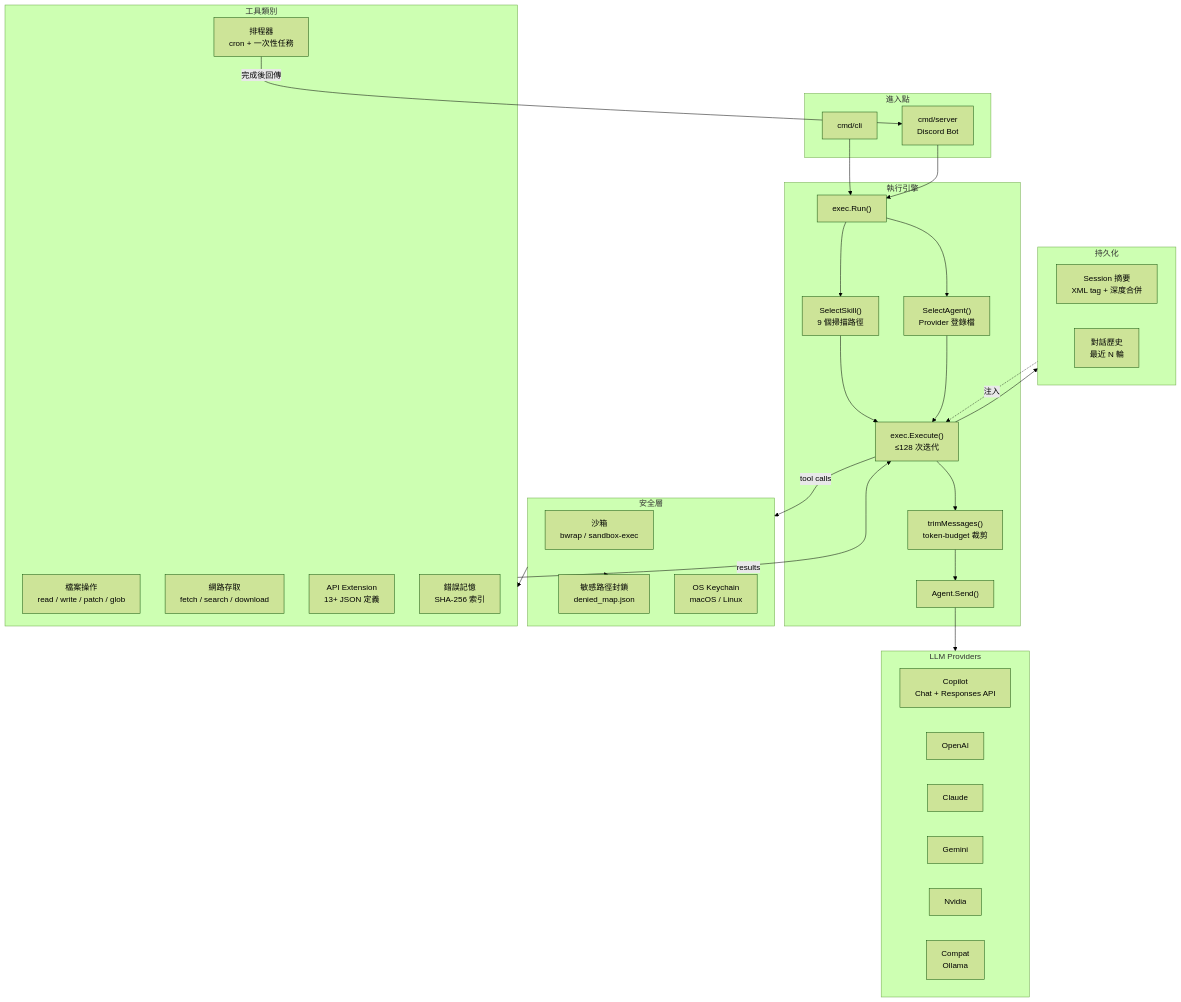
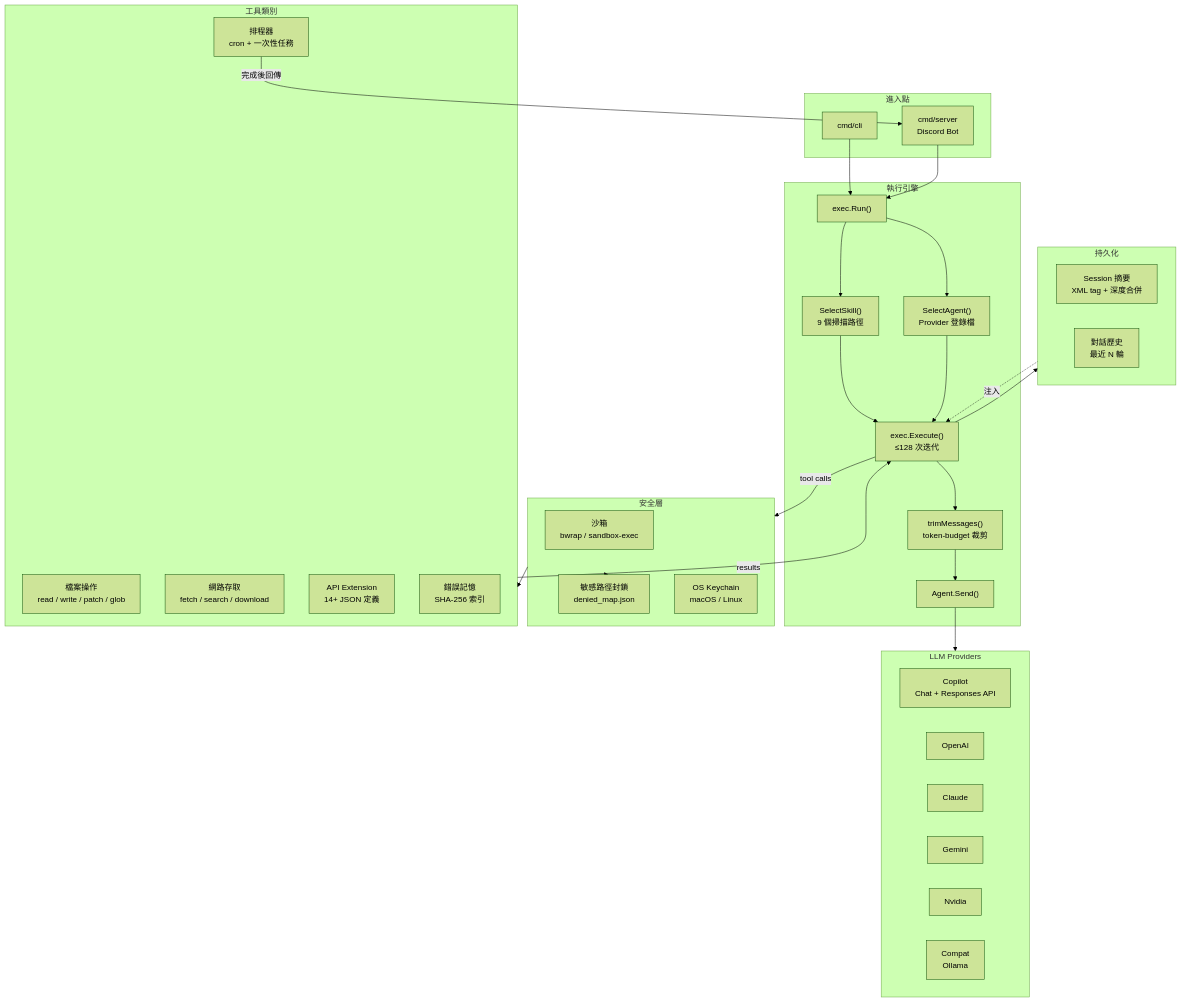
Before and after one commit to pardnchiu/Agenvoy: the diagram in doc/README.zh.md, drawn with Mermaid (forest theme). The commit also changed other lines of this file and 3 other files, not shown here.

````diff
--- a/doc/README.zh.md
+++ b/doc/README.zh.md
@@ -65,61 +31,61 @@
 ```mermaid
 graph TB
     subgraph Entry ["進入點"]
         CLI["cmd/cli"]
         Discord["cmd/server\nDiscord Bot"]
     end
 
     subgraph Core ["執行引擎"]
         Run["exec.Run()"]
         SkillSelect["SelectSkill()\n9 個掃描路徑"]
         AgentSelect["SelectAgent()\nProvider 登錄檔"]
         TrimMsg["trimMessages()\ntoken-budget 裁剪"]
         Execute["exec.Execute()\n≤128 次迭代"]
         Send["Agent.Send()"]
     end
 
     subgraph Providers ["LLM Providers"]
         Copilot["Copilot\nChat + Responses API"]
         OpenAI["OpenAI"]
         Claude["Claude"]
         Gemini["Gemini"]
         Nvidia["Nvidia"]
         Compat["Compat\nOllama"]
     end
 
     subgraph Security ["安全層"]
         Sandbox["沙箱\nbwrap / sandbox-exec"]
         DeniedPaths["敏感路徑封鎖\ndenied_map.json"]
         Keychain["OS Keychain\nmacOS / Linux"]
     end
 
     subgraph Tools ["工具類別"]
         FileOps["檔案操作\nread / write / patch / glob"]
         WebAccess["網路存取\nfetch / search / download"]
-        APIExt["API Extension\n13+ JSON 定義"]
+        APIExt["API Extension\n14+ JSON 定義"]
         Scheduler["排程器\ncron + 一次性任務"]
         ErrorMem["錯誤記憶\nSHA-256 索引"]
     end
 
     subgraph Persistence ["持久化"]
         Session["Session 摘要\nXML tag + 深度合併"]
         History["對話歷史\n最近 N 輪"]
     end
 
     CLI --> Run
     Discord --> Run
     Run --> SkillSelect
     Run --> AgentSelect
     SkillSelect --> Execute
     AgentSelect --> Execute
     Execute --> TrimMsg
     TrimMsg --> Send
     Send --> Providers
     Execute -->|"tool calls"| Security
     Security --> DeniedPaths
     Security --> Tools
     Tools -->|"results"| Execute
     Scheduler -->|"完成後回傳"| Discord
     Execute --> Persistence
     Persistence -.->|"注入"| Execute
 ```
````
